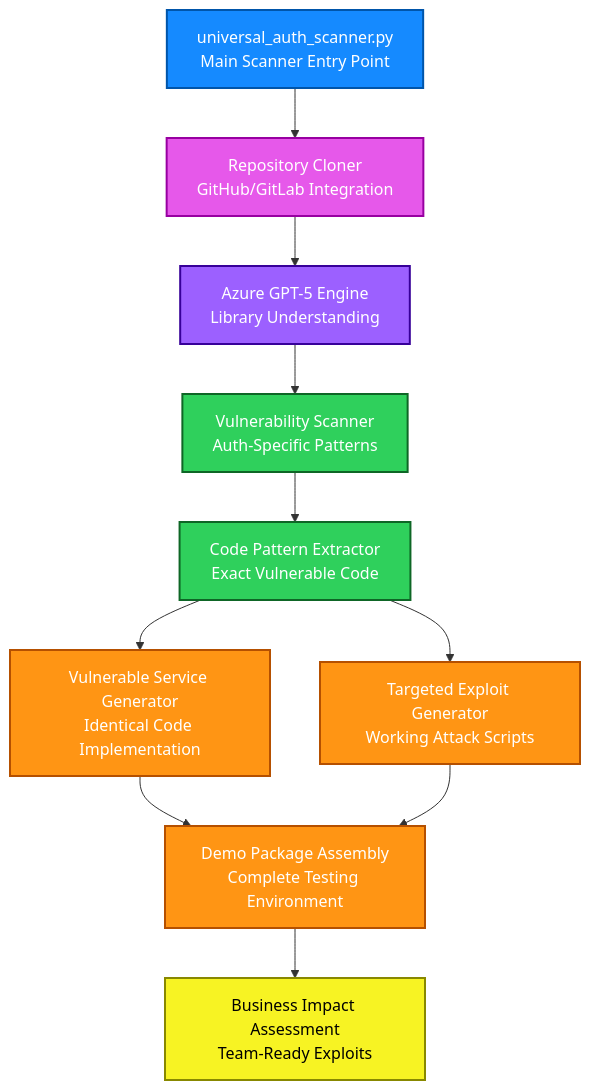
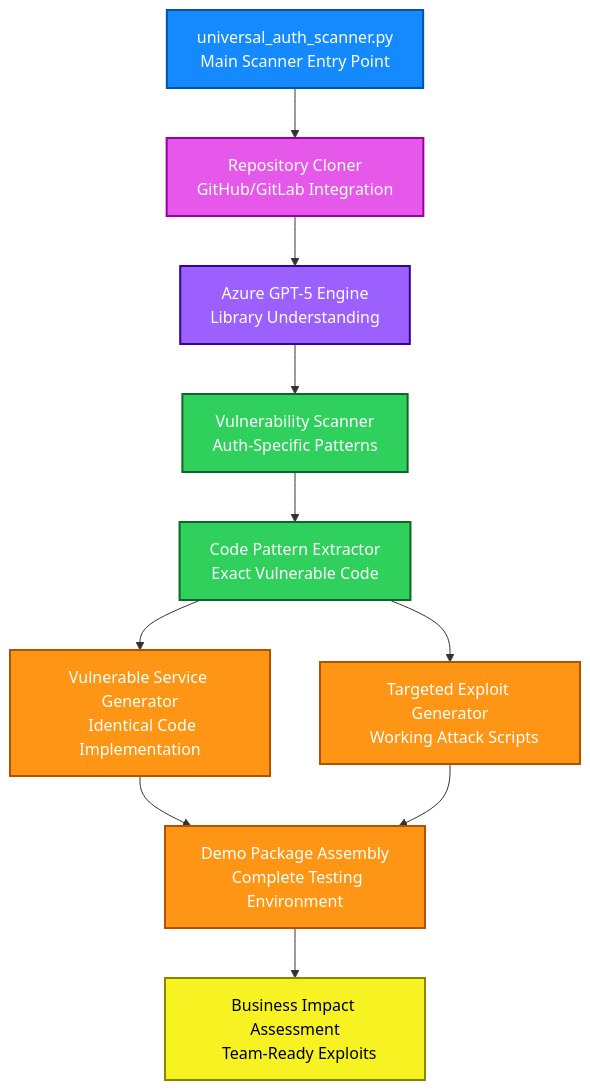
Before and after one commit to fitzpr/fitzpr: the second of 2 diagrams in README.md, drawn with Mermaid.

Commit message:
Format flowchart text for better readability

````diff
--- a/README.md
+++ b/README.md
@@ -133,45 +133,54 @@
 ```mermaid
 flowchart TB
   %% Entry Point
-  Main["universal_auth_scanner.py\nMain Scanner Entry Point"]
+  Main["universal_auth_scanner.py
+  Main Scanner Entry Point"]
   style Main fill:#158aff,color:#fff,stroke:#0055aa,stroke-width:2px
 
   %% Repository Analysis
-  Clone["Repository Cloner\nGitHub/GitLab Integration"]
+  Clone["Repository Cloner
+  GitHub/GitLab Integration"]
   style Clone fill:#e658ea,color:#fff,stroke:#9800a1,stroke-width:2px
 
   %% AI Analysis Engine
-  AI["Azure GPT-5 Engine\nLibrary Understanding"]
+  AI["Azure GPT-5 Engine
+  Library Understanding"]
   style AI fill:#9c60ff,color:#fff,stroke:#370099,stroke-width:2px
 
   %% Vulnerability Detection
-  Scan["Vulnerability Scanner\nAuth-Specific Patterns"]
-  Extract["Code Pattern Extractor\nExact Vulnerable Code"]
+  Scan["Vulnerability Scanner
+  Auth-Specific Patterns"]
+  Extract["Code Pattern Extractor
+  Exact Vulnerable Code"]
   
   style Scan fill:#2fd05c,color:#fff,stroke:#0e6626,stroke-width:2px
   style Extract fill:#2fd05c,color:#fff,stroke:#0e6626,stroke-width:2px
 
   %% Demo Generation
-  Service["Vulnerable Service Generator\nIdentical Code Implementation"]
-  Exploit["Targeted Exploit Generator\nWorking Attack Scripts"]
-  Demo["Demo Package Assembly\nComplete Testing Environment"]
+  Service["Vulnerable Service Generator
+  Identical Code Implementation"]
+  Exploit["Targeted Exploit Generator
+  Working Attack Scripts"]
+  Demo["Demo Package Assembly
+  Complete Testing Environment"]
   
   style Service fill:#ff9514,color:#fff,stroke:#b55000,stroke-width:2px
   style Exploit fill:#ff9514,color:#fff,stroke:#b55000,stroke-width:2px
   style Demo fill:#ff9514,color:#fff,stroke:#b55000,stroke-width:2px
 
   %% Output
-  Report["Business Impact Assessment\nTeam-Ready Exploits"]
+  Report["Business Impact Assessment
+  Team-Ready Exploits"]
   style Report fill:#f7f323,color:#000,stroke:#888800,stroke-width:2px
 
   %% Flow
   Main --> Clone
   Clone --> AI
   AI --> Scan
   Scan --> Extract
   Extract --> Service
   Extract --> Exploit
   Service --> Demo
   Exploit --> Demo
   Demo --> Report
 ```
````
